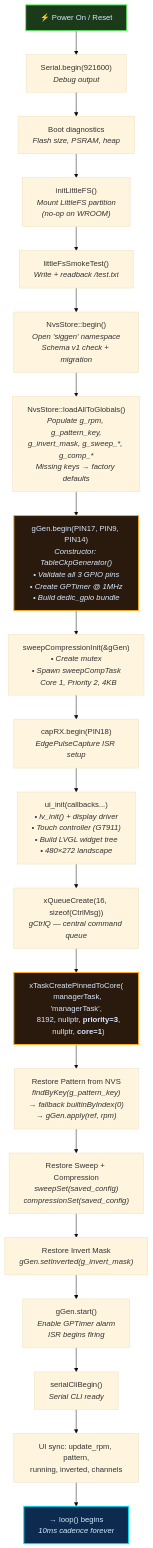
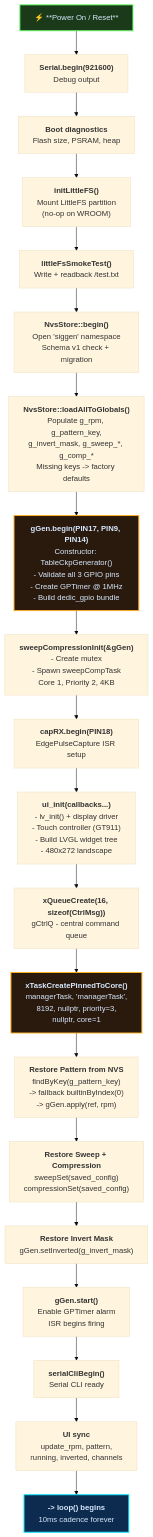
The third of 11 diagrams in _0.Overview-Diagram/architecture_diagram.md (mfares-88/Signal_Generator), drawn with Mermaid (base theme) before and after one commit. The commit also changed other lines of this file and 3 other files, not shown here.

````diff
--- a/_0.Overview-Diagram/architecture_diagram.md
+++ b/_0.Overview-Diagram/architecture_diagram.md
@@ -168,41 +190,79 @@
 ```mermaid
 flowchart TD
-    BOOT["⚡ Power On / Reset"] --> SERIAL["Serial.begin(921600)<br/><i>Debug output</i>"]
-    SERIAL --> DIAG["Boot diagnostics<br/><i>Flash size, PSRAM, heap</i>"]
-    DIAG --> FS["initLittleFS()<br/><i>Mount LittleFS partition</i><br/><i>(no-op on WROOM)</i>"]
-    FS --> FS_SMOKE["littleFsSmokeTest()<br/><i>Write + readback /test.txt</i>"]
+    BOOT["⚡ **Power On / Reset**"] --> SERIAL["`**Serial.begin(921600)**
+    Debug output`"]
+    SERIAL --> DIAG["`**Boot diagnostics**
+    Flash size, PSRAM, heap`"]
+    DIAG --> FS["`**initLittleFS()**
+    Mount LittleFS partition
+    (no-op on WROOM)`"]
+    FS --> FS_SMOKE["`**littleFsSmokeTest()**
+    Write + readback /test.txt`"]
 
-    FS_SMOKE --> NVS_BEGIN["NvsStore::begin()<br/><i>Open 'siggen' namespace</i><br/><i>Schema v1 check + migration</i>"]
-    NVS_BEGIN --> NVS_LOAD["NvsStore::loadAllToGlobals()<br/><i>Populate g_rpm, g_pattern_key,</i><br/><i>g_invert_mask, g_sweep_*, g_comp_*</i><br/><i>Missing keys → factory defaults</i>"]
+    FS_SMOKE --> NVS_BEGIN["`**NvsStore::begin()**
+    Open 'siggen' namespace
+    Schema v1 check + migration`"]
+    NVS_BEGIN --> NVS_LOAD["`**NvsStore::loadAllToGlobals()**
+    Populate g_rpm, g_pattern_key,
+    g_invert_mask, g_sweep_*, g_comp_*
+    Missing keys -> factory defaults`"]
 
-    NVS_LOAD --> GEN_INIT["gGen.begin(PIN17, PIN9, PIN14)<br/><i>Constructor: TableCkpGenerator()</i><br/><i>• Validate all 3 GPIO pins</i><br/><i>• Create GPTimer @ 1MHz</i><br/><i>• Build dedic_gpio bundle</i>"]
+    NVS_LOAD --> GEN_INIT["`**gGen.begin(PIN17, PIN9, PIN14)**
+    Constructor: TableCkpGenerator()
+    - Validate all 3 GPIO pins
+    - Create GPTimer @ 1MHz
+    - Build dedic_gpio bundle`"]
 
-    GEN_INIT --> SWP_INIT["sweepCompressionInit(&gGen)<br/><i>• Create mutex</i><br/><i>• Spawn sweepCompTask</i><br/><i>  Core 1, Priority 2, 4KB</i>"]
+    GEN_INIT --> SWP_INIT["`**sweepCompressionInit(&gGen)**
+    - Create mutex
+    - Spawn sweepCompTask
+      Core 1, Priority 2, 4KB`"]
 
-    SWP_INIT --> CAP_INIT["capRX.begin(PIN18)<br/><i>EdgePulseCapture ISR setup</i>"]
+    SWP_INIT --> CAP_INIT["`**capRX.begin(PIN18)**
+    EdgePulseCapture ISR setup`"]
 
-    CAP_INIT --> UI_INIT["ui_init(callbacks...)<br/><i>• lv_init() + display driver</i><br/><i>• Touch controller (GT911)</i><br/><i>• Build LVGL widget tree</i><br/><i>• 480×272 landscape</i>"]
+    CAP_INIT --> UI_INIT["`**ui_init(callbacks...)**
+    - lv_init() + display driver
+    - Touch controller (GT911)
+    - Build LVGL widget tree
+    - 480x272 landscape`"]
 
-    UI_INIT --> QUEUE_CREATE["xQueueCreate(16, sizeof(CtrlMsg))<br/><i>gCtrlQ — central command queue</i>"]
+    UI_INIT --> QUEUE_CREATE["`**xQueueCreate(16, sizeof(CtrlMsg))**
+    gCtrlQ - central command queue`"]
 
-    QUEUE_CREATE --> TASK_CREATE["xTaskCreatePinnedToCore(<br/>  managerTask, 'managerTask',<br/>  8192, nullptr, <b>priority=3</b>,<br/>  nullptr, <b>core=1</b>)"]
+    QUEUE_CREATE --> TASK_CREATE["`**xTaskCreatePinnedToCore()**
+    managerTask, 'managerTask',
+    8192, nullptr, priority=3,
+    nullptr, core=1`"]
 
-    TASK_CREATE --> RESTORE_PAT["Restore Pattern from NVS<br/><i>findByKey(g_pattern_key)</i><br/><i>→ fallback builtinByIndex(0)</i><br/><i>→ gGen.apply(ref, rpm)</i>"]
+    TASK_CREATE --> RESTORE_PAT["`**Restore Pattern from NVS**
+    findByKey(g_pattern_key)
+    -> fallback builtinByIndex(0)
+    -> gGen.apply(ref, rpm)`"]
 
-    RESTORE_PAT --> RESTORE_SWEEP["Restore Sweep + Compression<br/><i>sweepSet(saved_config)</i><br/><i>compressionSet(saved_config)</i>"]
+    RESTORE_PAT --> RESTORE_SWEEP["`**Restore Sweep + Compression**
+    sweepSet(saved_config)
+    compressionSet(saved_config)`"]
 
-    RESTORE_SWEEP --> RESTORE_INV["Restore Invert Mask<br/><i>gGen.setInverted(g_invert_mask)</i>"]
+    RESTORE_SWEEP --> RESTORE_INV["`**Restore Invert Mask**
+    gGen.setInverted(g_invert_mask)`"]
 
-    RESTORE_INV --> START["gGen.start()<br/><i>Enable GPTimer alarm</i><br/><i>ISR begins firing</i>"]
+    RESTORE_INV --> START["`**gGen.start()**
+    Enable GPTimer alarm
+    ISR begins firing`"]
 
-    START --> CLI_INIT["serialCliBegin()<br/><i>Serial CLI ready</i>"]
+    START --> CLI_INIT["`**serialCliBegin()**
+    Serial CLI ready`"]
 
-    CLI_INIT --> UI_SYNC["UI sync: update_rpm, pattern,<br/>running, inverted, channels"]
+    CLI_INIT --> UI_SYNC["`**UI sync**
+    update_rpm, pattern,
+    running, inverted, channels`"]
 
-    UI_SYNC --> LOOP_START["→ loop() begins<br/><i>10ms cadence forever</i>"]
+    UI_SYNC --> LOOP_START["`**-> loop() begins**
+    10ms cadence forever`"]
 
     style BOOT fill:#1a3a1a,stroke:#66FF66,stroke-width:2px,color:#D7E9FF
     style LOOP_START fill:#0d2b4e,stroke:#00E5FF,stroke-width:2px,color:#D7E9FF
     style GEN_INIT fill:#2a1a0d,stroke:#FFB020,stroke-width:2px,color:#D7E9FF
     style TASK_CREATE fill:#2a1a0d,stroke:#FFB020,stroke-width:2px,color:#D7E9FF
 ```
````
